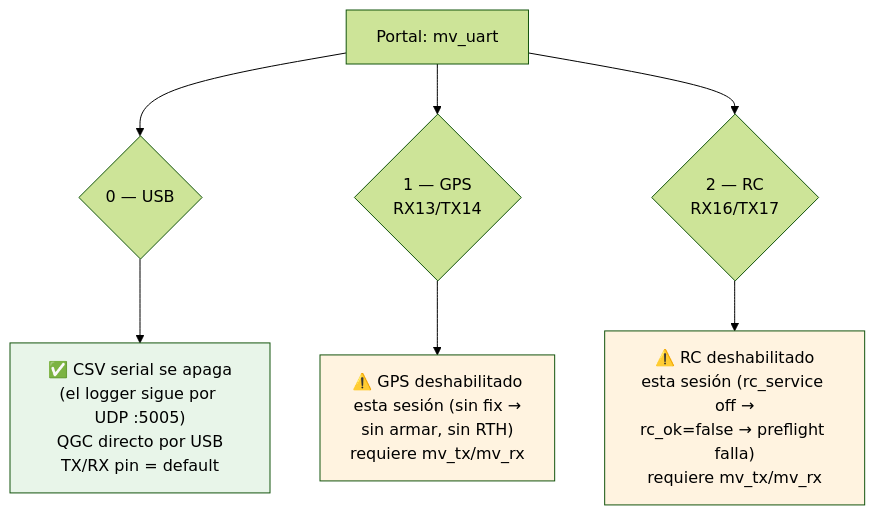
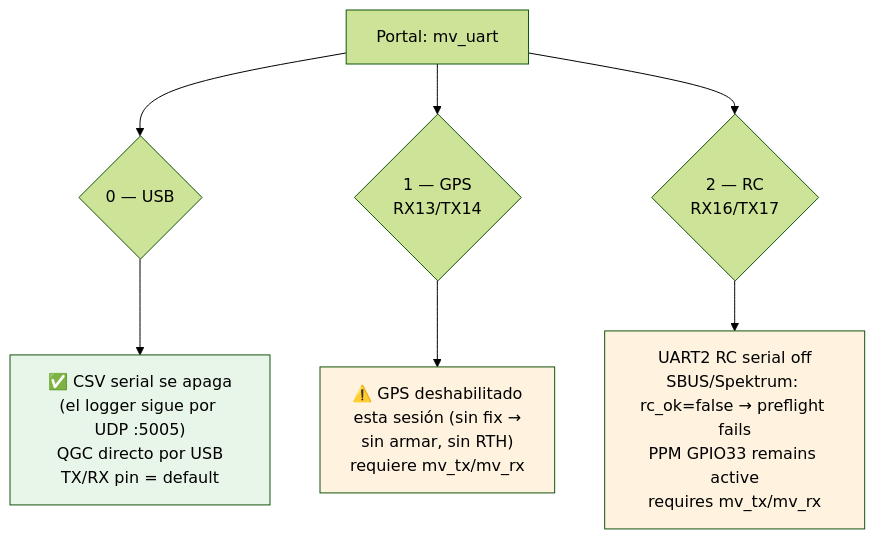
One commit to djtrance/ardroneReBorn changed the fourth of 4 diagrams in esp32-airplane/docs/mavlink-telemetry.md. Above: the diagram before and after it, drawn with Mermaid (forest theme). The commit also changed other lines of this file and 13 other files, not shown here.

First line of the commit message:
esp32: implement PPM-SUM RC input on GPIO33; free UART2 for MAVLink

````diff
--- a/esp32-airplane/docs/mavlink-telemetry.md
+++ b/esp32-airplane/docs/mavlink-telemetry.md
@@ -118,14 +118,14 @@
 ```mermaid
 flowchart TB
     P["Portal: mv_uart"] --> U0{"0 — USB"}
     P --> U1{"1 — GPS<br/>RX13/TX14"}
     P --> U2{"2 — RC<br/>RX16/TX17"}
 
     U0 --> O0["✅ CSV serial se apaga<br/>(el logger sigue por UDP :5005)<br/>QGC directo por USB<br/>TX/RX pin = default"]
     U1 --> O1["⚠️ GPS deshabilitado<br/>esta sesión (sin fix →<br/>sin armar, sin RTH)<br/>requiere mv_tx/mv_rx"]
-    U2 --> O2["⚠️ RC deshabilitado<br/>esta sesión (rc_service off →<br/>rc_ok=false → preflight falla)<br/>requiere mv_tx/mv_rx"]
+    U2 --> O2["UART2 RC serial off<br/>SBUS/Spektrum: rc_ok=false → preflight fails<br/>PPM GPIO33 remains active<br/>requires mv_tx/mv_rx"]
 
     style O0 fill:#e8f5e9
     style O1 fill:#fff3e0
     style O2 fill:#fff3e0
 ```
````
